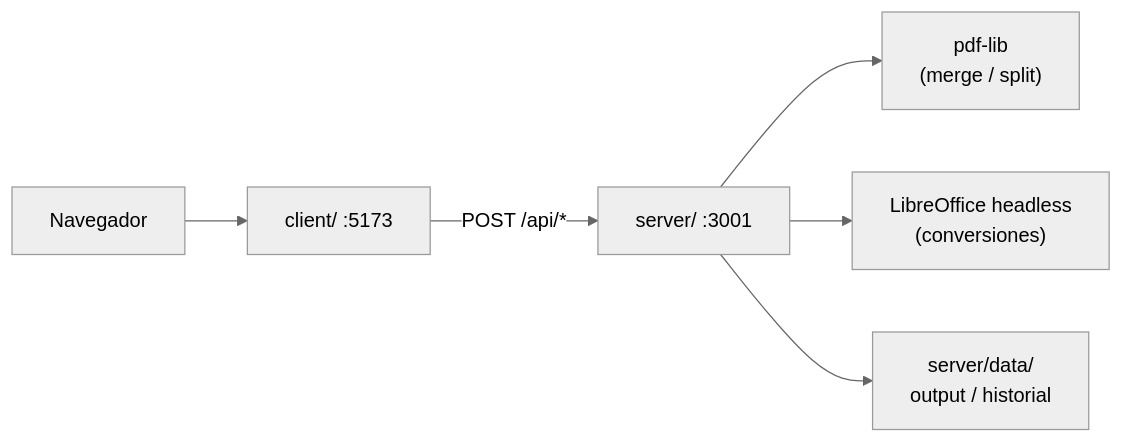
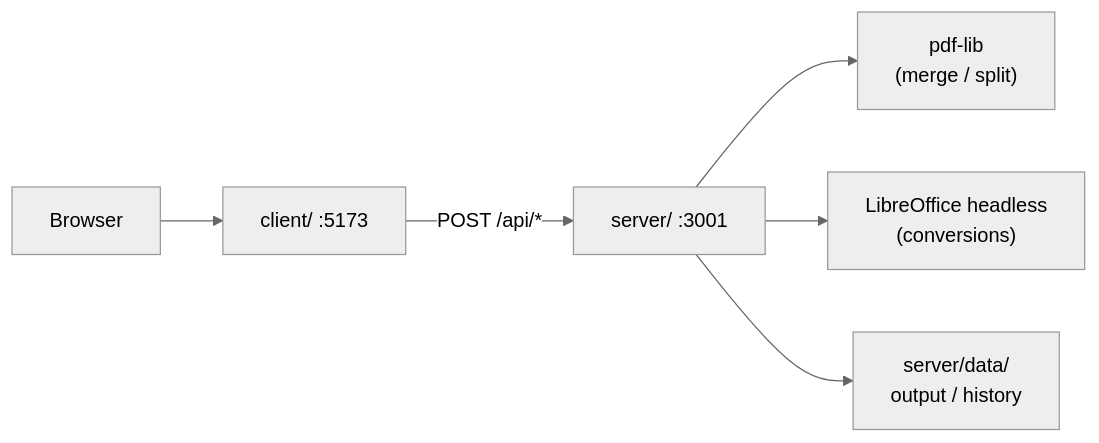
Before and after one commit to gonzaloeheredia/iLoveLh: the diagram in README.md, drawn with Mermaid (neutral theme). The commit also changed other lines of this file and 8 other files, not shown here.

````diff
--- a/README.md
+++ b/README.md
@@ -52,8 +56,8 @@
 ```mermaid
 flowchart LR
-  Browser["Navegador"] --> Client["client/ :5173"]
+  Browser["Browser"] --> Client["client/ :5173"]
   Client -->|"POST /api/*"| Server["server/ :3001"]
   Server --> PdfLib["pdf-lib\n(merge / split)"]
-  Server --> LibreOffice["LibreOffice headless\n(conversiones)"]
-  Server --> Data["server/data/\noutput / historial"]
+  Server --> LibreOffice["LibreOffice headless\n(conversions)"]
+  Server --> Data["server/data/\noutput / history"]
 ```
````
